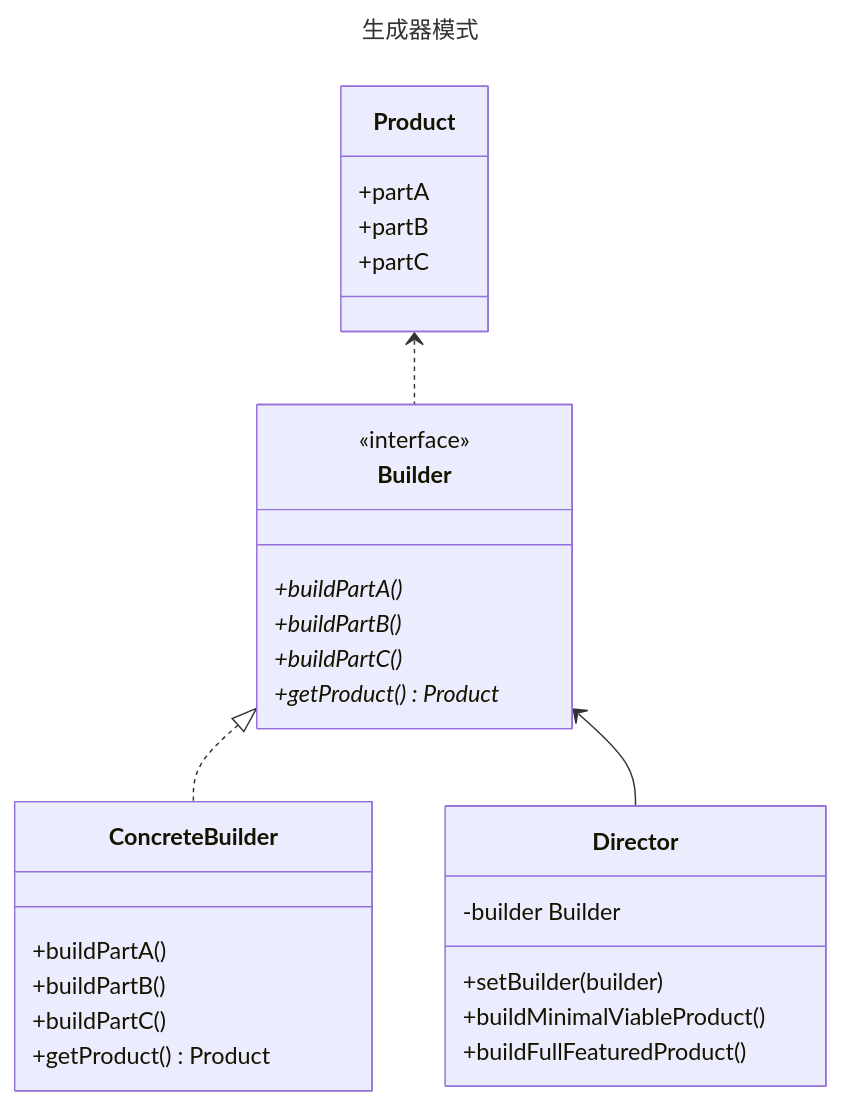
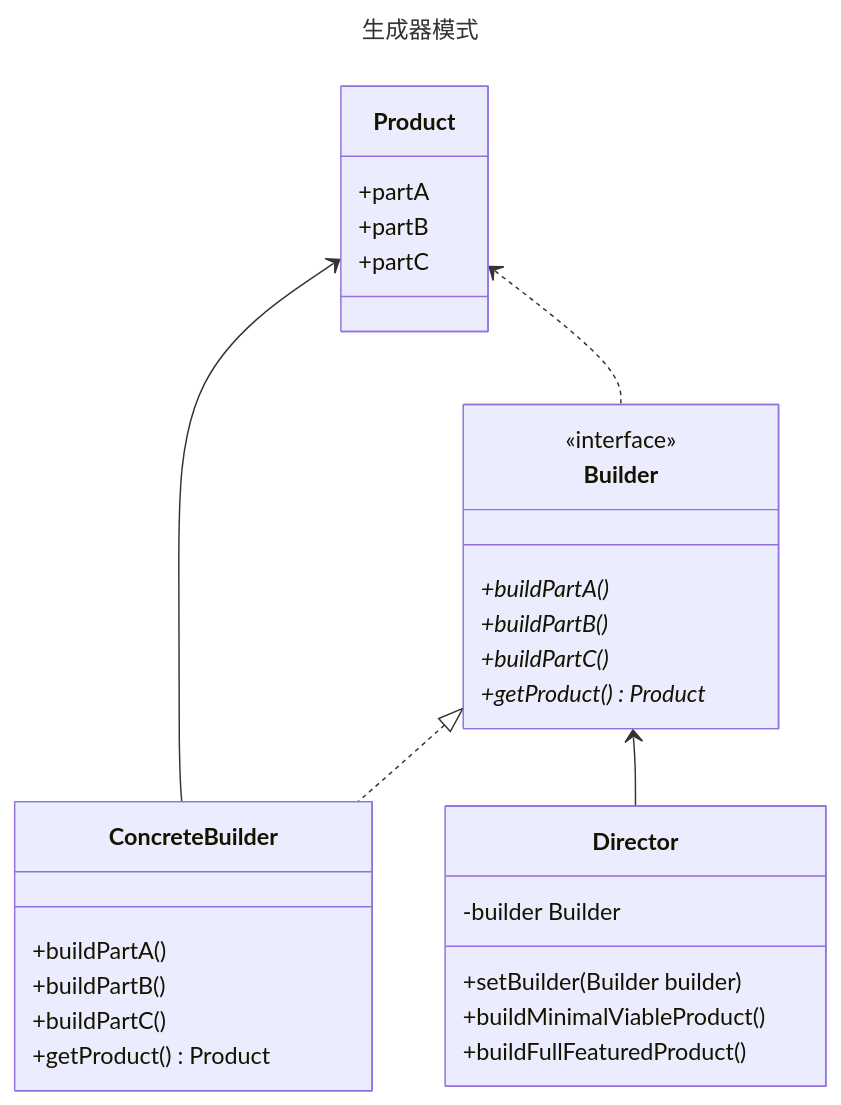
Before and after one commit to fengyun89/typescript-design-patterns: the diagram in builder/README.md, drawn with Mermaid. The commit also changed 6 other files, not shown here.

````diff
--- a/builder/README.md
+++ b/builder/README.md
@@ -1,33 +1,34 @@
 ```mermaid
 ---
 title: 生成器模式
 ---
 classDiagram
     class Product {
         +partA
         +partB
         +partC
     }
     class Builder {
         <<interface>>
         +buildPartA()*
         +buildPartB()*
         +buildPartC()*
         +getProduct()* Product
     }
     class ConcreteBuilder {
         +buildPartA()
         +buildPartB()
         +buildPartC()
         +getProduct() Product
     }
     class Director {
         -builder Builder
-        +setBuilder(builder)
+        +setBuilder(Builder builder)
         +buildMinimalViableProduct()
         +buildFullFeaturedProduct()
     }
     Product <.. Builder
     Builder <|.. ConcreteBuilder
+    Product <-- ConcreteBuilder
     Builder <-- Director
 ```
````
